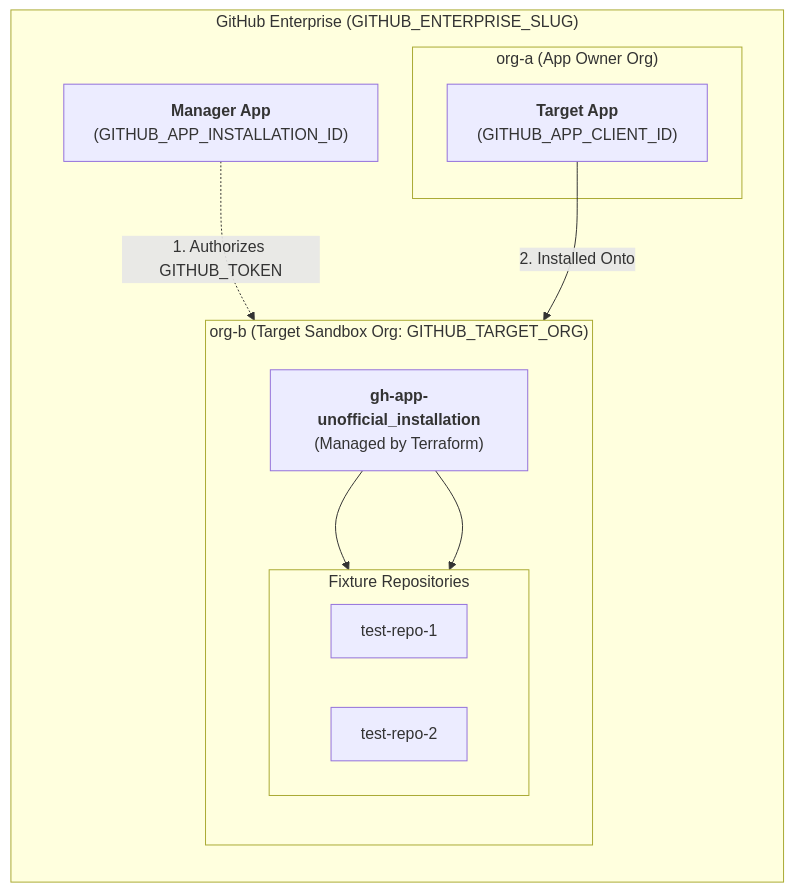
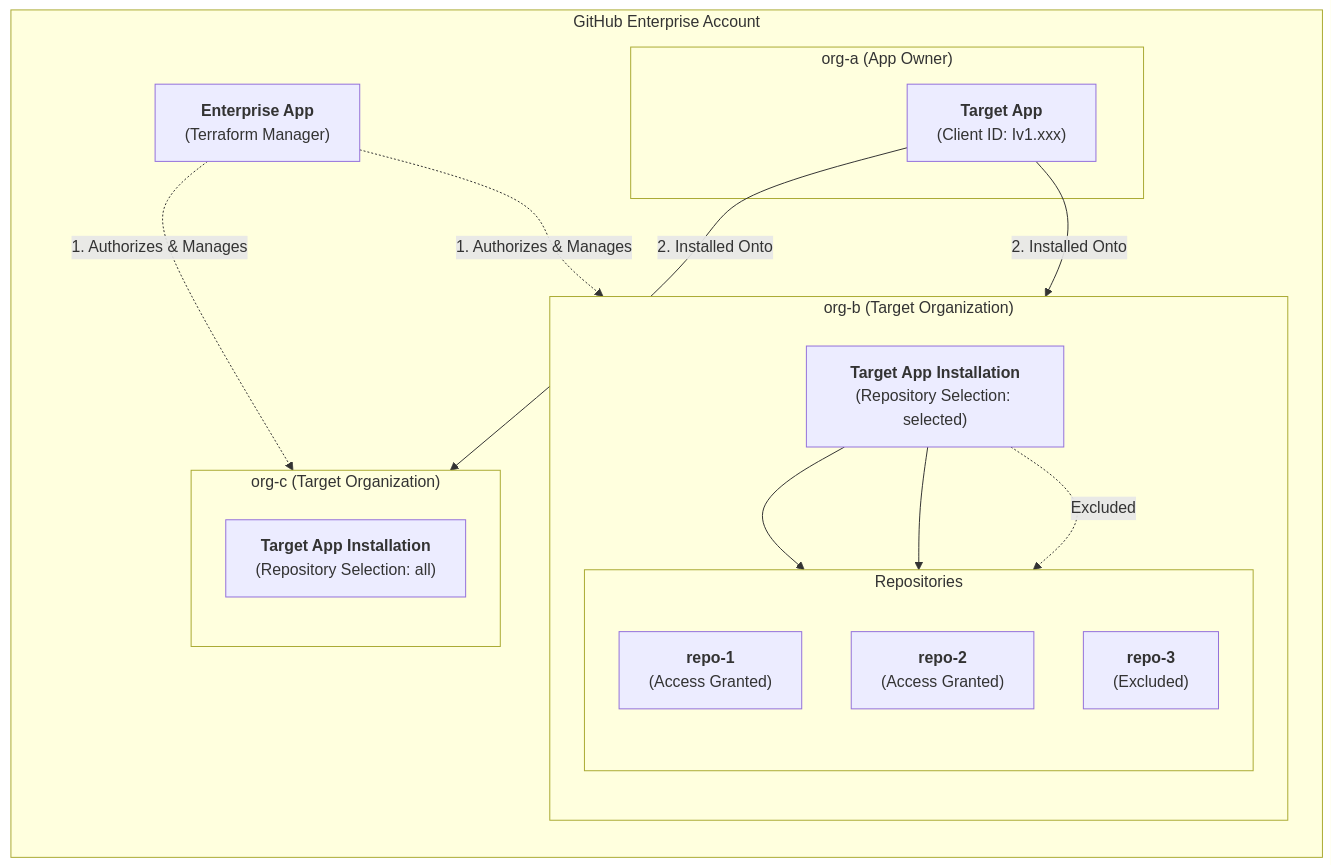
Before and after one commit to google/terraform-provider-gh-app-unofficial: the first of 2 diagrams in DEVELOPMENT.md, drawn with Mermaid. The commit also changed 1 other file, not shown here.

Commit message:
docs: tweak context and diagrams

````diff
--- a/DEVELOPMENT.md
+++ b/DEVELOPMENT.md
@@ -47,32 +47,39 @@
 ```mermaid
 flowchart TD
-    subgraph Enterprise ["GitHub Enterprise (GITHUB_ENTERPRISE_SLUG)"]
+    subgraph Enterprise ["GitHub Enterprise Account"]
         direction TB
-
-        M_INST["`**Manager App**
-        (GITHUB_APP_INSTALLATION_ID)`"]
-
-        subgraph ORG_A ["org-a (App Owner Org)"]
-            T_APP["`**Target App**
-            (GITHUB_APP_CLIENT_ID)`"]
+        ENT_APP["`**Enterprise App**
+        (Terraform Manager)`"]
+        subgraph ORG_A ["org-a (App Owner)"]
+            TARGET_APP["`**Target App**
+            (Client ID: Iv1.xxx)`"]
+        end
+        subgraph ORG_B ["org-b (Target Organization)"]
+            direction TB
+            INST_B["`**Target App Installation**
+            (Repository Selection: selected)`"]
+            subgraph REPOS_B ["Repositories"]
+                direction TB
+                R1["`**repo-1**
+                (Access Granted)`"]
+                R2["`**repo-2**
+                (Access Granted)`"]
+                R3["`**repo-3**
+                (Excluded)`"]
+            end
+            INST_B --> R1
+            INST_B --> R2
+            INST_B -.->|Excluded| R3
         end
 
-        subgraph ORG_B ["org-b (Target Sandbox Org: GITHUB_TARGET_ORG)"]
+        subgraph ORG_C ["org-c (Target Organization)"]
             direction TB
-            INST["`**gh-app-unofficial_installation**
-            (Managed by Terraform)`"]
-            
-            subgraph Repos ["Fixture Repositories"]
-                direction LR
-                TR1["test-repo-1"]
-                TR2["test-repo-2"]
-            end
-
-            INST --> TR1
-            INST --> TR2
+            INST_C["`**Target App Installation**
+            (Repository Selection: all)`"]
         end
-
-        M_INST -.->|"1. Authorizes GITHUB_TOKEN"| INST
-        T_APP -->|"2. Installed Onto"| INST
+        ENT_APP -.->|"1. Authorizes & Manages"| INST_B
+        ENT_APP -.->|"1. Authorizes & Manages"| INST_C
+        TARGET_APP -->|"2. Installed Onto"| INST_B
+        TARGET_APP -->|"2. Installed Onto"| INST_C
     end
 ```
````
